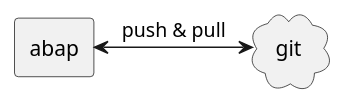
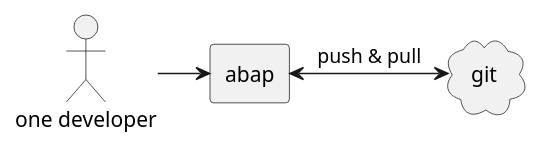
One commit to SAP/styleguides changed the second of 2 diagrams in src/scenarios.adoc. Above: the diagram before and after it, drawn with PlantUML. The commit also changed other lines of this file, not shown here.

```diff
--- a/src/scenarios.adoc
+++ b/src/scenarios.adoc
@@ -29,9 +42,11 @@
 [plantuml,two-way,svg,align="center"]
 ....
 @startuml
 skinparam monochrome true
 cloud git
+actor "one developer" as developer
 rectangle abap
+developer -> abap
 abap <-> git: push & pull
 @enduml
 ....
```
